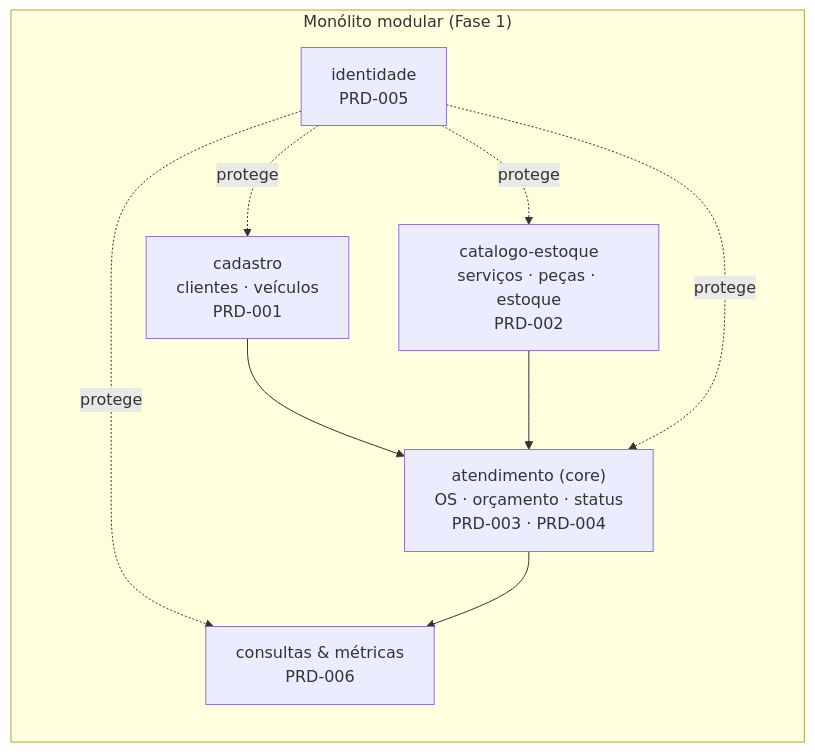
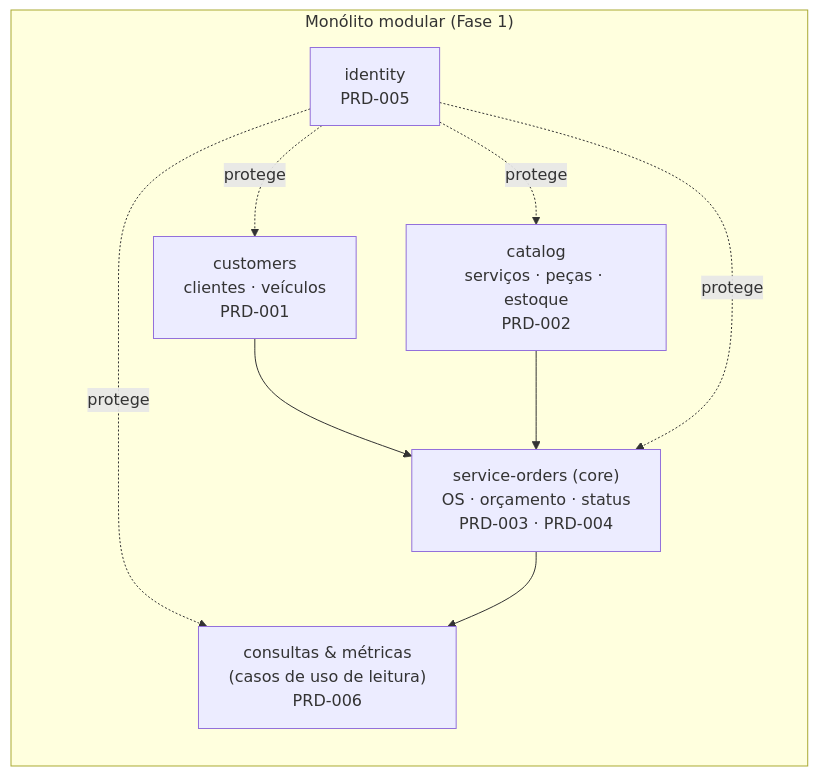
The diagram in docs/01-requisitos/PRD-000-visao-do-produto.md (HermandoThiago/FIAP-SOAT), drawn with Mermaid before and after one commit. The commit also changed other lines of this file and 42 other files, not shown here.

````diff
--- a/docs/01-requisitos/PRD-000-visao-do-produto.md
+++ b/docs/01-requisitos/PRD-000-visao-do-produto.md
@@ -67,14 +67,14 @@
 ```mermaid
 flowchart LR
     subgraph Monolito["Monólito modular (Fase 1)"]
-        ID["identidade<br/>PRD-005"]
-        CAD["cadastro<br/>clientes · veículos<br/>PRD-001"]
-        CAT["catalogo-estoque<br/>serviços · peças · estoque<br/>PRD-002"]
-        ATD["atendimento (core)<br/>OS · orçamento · status<br/>PRD-003 · PRD-004"]
-        REL["consultas & métricas<br/>PRD-006"]
+        ID["identity<br/>PRD-005"]
+        CAD["customers<br/>clientes · veículos<br/>PRD-001"]
+        CAT["catalog<br/>serviços · peças · estoque<br/>PRD-002"]
+        ATD["service-orders (core)<br/>OS · orçamento · status<br/>PRD-003 · PRD-004"]
+        REL["consultas & métricas<br/>(casos de uso de leitura)<br/>PRD-006"]
     end
     CAD --> ATD
     CAT --> ATD
     ID -. protege .-> CAD & CAT & ATD & REL
     ATD --> REL
 ```
````
